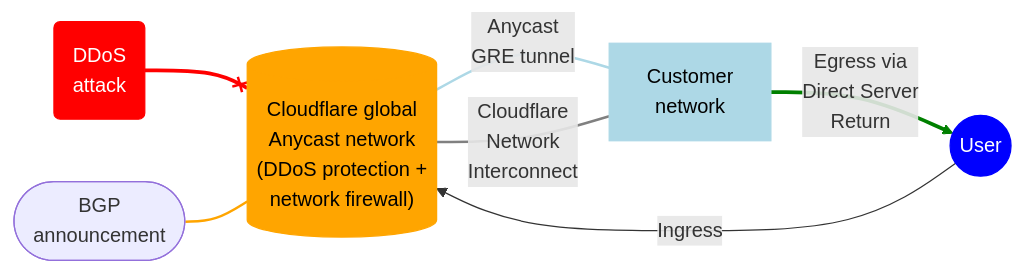
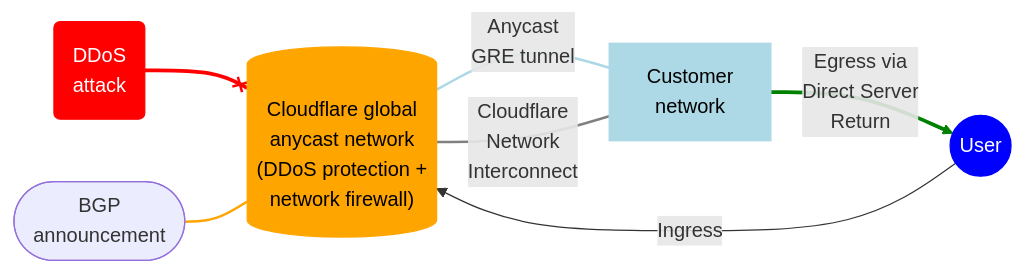
The diagram in content/magic-transit/about.md (rdhanarot/cloudflare-docs), drawn with Mermaid before and after one commit. The commit also changed other lines of this file and 66 other files, not shown here.

````diff
--- a/content/magic-transit/about.md
+++ b/content/magic-transit/about.md
@@ -21,28 +21,28 @@
 ```mermaid
 flowchart LR
 accTitle: Magic Transit
 accDescr: Diagram showing how Magic Transit protects traffic on the customer's network.
 
 A(DDoS <br> attack)
-B[("Cloudflare global <br> Anycast network <br> (DDoS protection + <br> network firewall)")]
+B[("Cloudflare global <br> anycast network <br> (DDoS protection + <br> network firewall)")]
 C[Customer <br> network]
 D((User))
 E([BGP <br> announcement])
 
 A --x B
 E --- B
 B-- Anycast <br> GRE tunnel ---C
 B-- Cloudflare <br> Network <br> Interconnect ---C
 C-- Egress via <br> Direct Server <br> Return --> D
 D -- Ingress --> B
 
 style A stroke: red,fill: red,color: white
 style B stroke: orange,fill: orange,color: black
 style C stroke: #ADD8E6,fill: #ADD8E6,color: black
 style D stroke: blue,fill: blue,color: white
 linkStyle 0 stroke-width:3px,stroke:red
 linkStyle 1 stroke-width:2px,stroke:orange
 linkStyle 2 stroke-width:2px,stroke:#ADD8E6
 linkStyle 3 stroke-width:2px,stroke:gray
 linkStyle 4 stroke-width:3px,stroke:green
 ```
````
